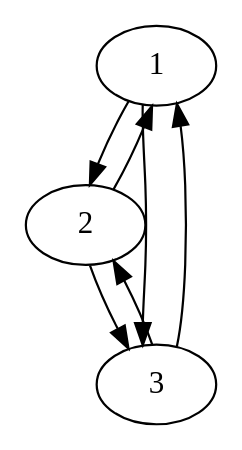
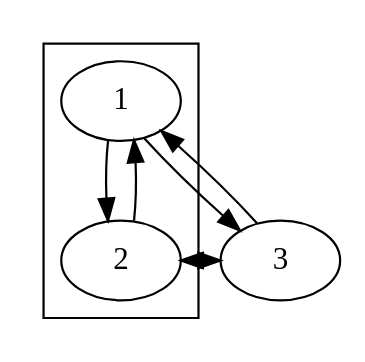
The diagram in static/dots/network_3.dot (gianlucafarinaccio/kernel-visual-analysis), drawn with Graphviz before and after one commit. The commit also changed 9 other files, not shown here.

```diff
--- a/static/dots/network_3.dot
+++ b/static/dots/network_3.dot
@@ -1,1 +1,1 @@
-digraph {1 -> 2 ; 1 -> 3 ; 2 -> 1 ; 2 -> 3 ; 3 -> 1 ; 3 -> 2 ;}
+digraph {1 -> 2 ; 1 -> 3 ; 2 -> 1 ; 2 -> 3 ; 3 -> 1 ; 3 -> 2 subgraph cluster_0{1;2}}
```
